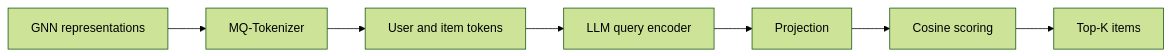
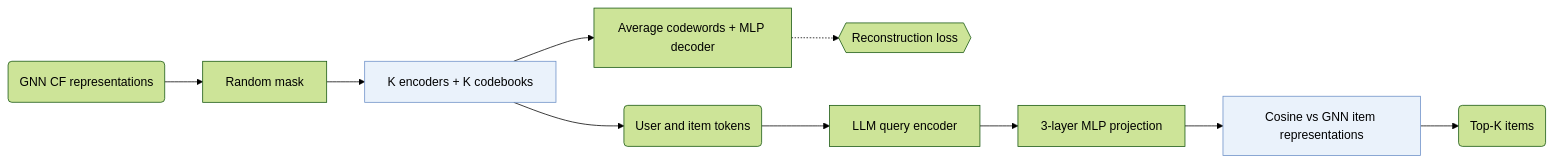
Before and after one commit to Galaxy-ghost/Awesome-SID-Generative-Rec: the diagram in notes/tokenrec.md, drawn with Mermaid (forest theme). The commit also changed 521 other files, not shown here.

Commit message:
writer-04 part 3: algorithm diagrams with shared shape conventions, README hero and paper cards, archive removed

````diff
--- a/notes/tokenrec.md
+++ b/notes/tokenrec.md
@@ -11,9 +11,13 @@
 ```mermaid
 flowchart LR
-    A[GNN representations] --> B[MQ-Tokenizer]
-    B --> C[User and item tokens]
-    C --> D[LLM query encoder]
-    D --> E[Projection]
-    E --> F[Cosine scoring]
-    F --> G[Top-K items]
+    A("GNN CF representations") --> B["Random mask"]
+    B --> C["K encoders + K codebooks"]:::key
+    C --> D("User and item tokens")
+    C --> E["Average codewords + MLP decoder"]
+    E -.-> L1{{"Reconstruction loss"}}
+    D --> F["LLM query encoder"]
+    F --> G["3-layer MLP projection"]
+    G --> H["Cosine vs GNN item representations"]:::key
+    H --> I("Top-K items")
+    classDef key fill:#eaf2fb,stroke:#6b8fc7
 ```
````
